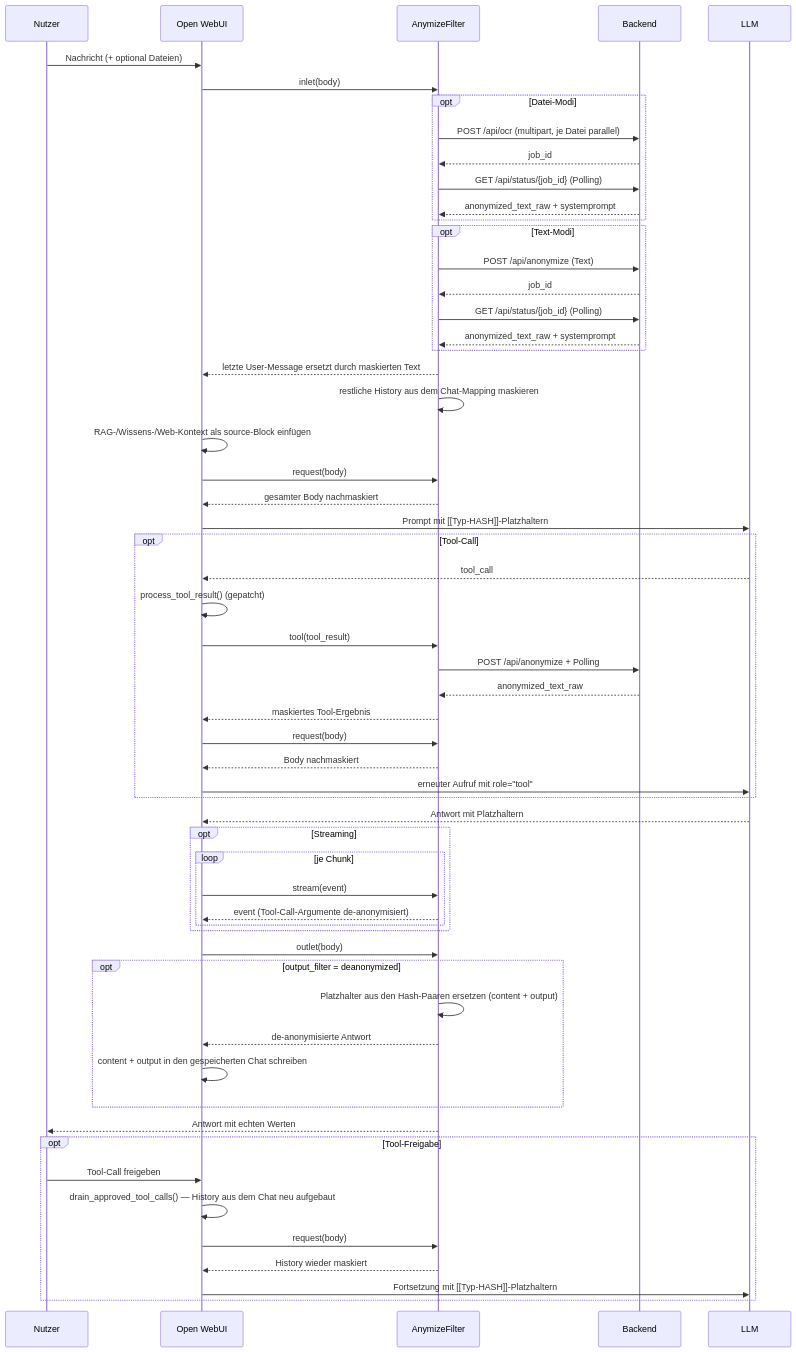
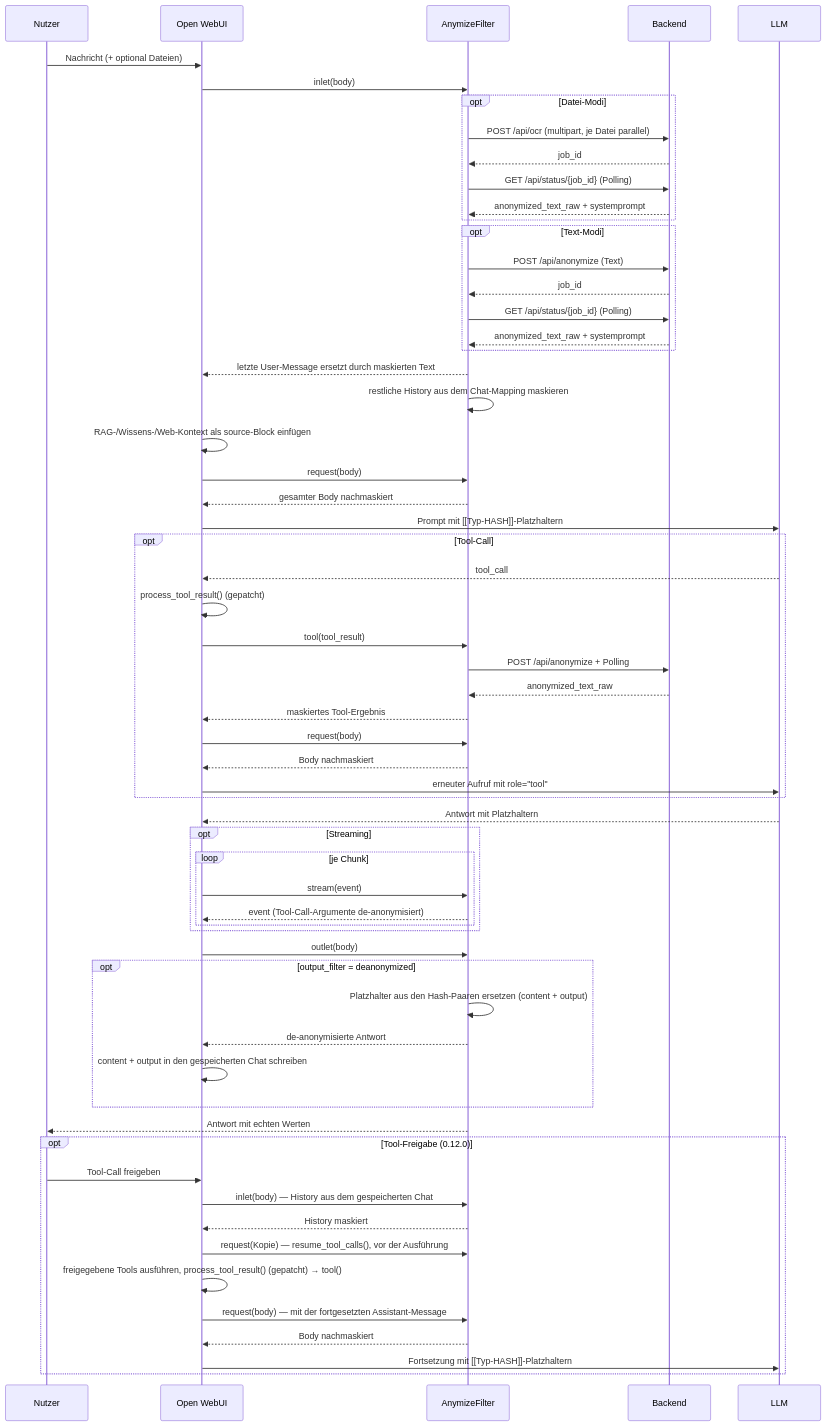
The diagram in README.md (Matze2010/AnyomizeFilter), drawn with Mermaid before and after one commit. The commit also changed other lines of this file and 2 other files, not shown here.

````diff
--- a/README.md
+++ b/README.md
@@ -15,61 +15,64 @@
 ```mermaid
 sequenceDiagram
     participant U as Nutzer
     participant OWUI as Open WebUI
     participant F as AnymizeFilter
     participant A as Backend
     participant LLM as LLM
 
     U->>OWUI: Nachricht (+ optional Dateien)
     OWUI->>F: inlet(body)
     opt Datei-Modi
         F->>A: POST /api/ocr (multipart, je Datei parallel)
         A-->>F: job_id
         F->>A: GET /api/status/{job_id} (Polling)
         A-->>F: anonymized_text_raw + systemprompt
     end
     opt Text-Modi
         F->>A: POST /api/anonymize (Text)
         A-->>F: job_id
         F->>A: GET /api/status/{job_id} (Polling)
         A-->>F: anonymized_text_raw + systemprompt
     end
     F-->>OWUI: letzte User-Message ersetzt durch maskierten Text
     F->>F: restliche History aus dem Chat-Mapping maskieren
     OWUI->>OWUI: RAG-/Wissens-/Web-Kontext als source-Block einfügen
     OWUI->>F: request(body)
     F-->>OWUI: gesamter Body nachmaskiert
     OWUI->>LLM: Prompt mit [[Typ-HASH]]-Platzhaltern
     opt Tool-Call
         LLM-->>OWUI: tool_call
         OWUI->>OWUI: process_tool_result() (gepatcht)
         OWUI->>F: tool(tool_result)
         F->>A: POST /api/anonymize + Polling
         A-->>F: anonymized_text_raw
         F-->>OWUI: maskiertes Tool-Ergebnis
         OWUI->>F: request(body)
         F-->>OWUI: Body nachmaskiert
         OWUI->>LLM: erneuter Aufruf mit role="tool"
     end
     LLM-->>OWUI: Antwort mit Platzhaltern
     opt Streaming
         loop je Chunk
             OWUI->>F: stream(event)
             F-->>OWUI: event (Tool-Call-Argumente de-anonymisiert)
         end
     end
     OWUI->>F: outlet(body)
     opt output_filter = deanonymized
         F->>F: Platzhalter aus den Hash-Paaren ersetzen (content + output)
         F-->>OWUI: de-anonymisierte Antwort
         OWUI->>OWUI: content + output in den gespeicherten Chat schreiben
     end
     F-->>U: Antwort mit echten Werten
-    opt Tool-Freigabe
+    opt Tool-Freigabe (0.12.0)
         U->>OWUI: Tool-Call freigeben
-        OWUI->>OWUI: drain_approved_tool_calls() — History aus dem Chat neu aufgebaut
-        OWUI->>F: request(body)
-        F-->>OWUI: History wieder maskiert
+        OWUI->>F: inlet(body) — History aus dem gespeicherten Chat
+        F-->>OWUI: History maskiert
+        OWUI->>F: request(Kopie) — resume_tool_calls(), vor der Ausführung
+        OWUI->>OWUI: freigegebene Tools ausführen, process_tool_result() (gepatcht) → tool()
+        OWUI->>F: request(body) — mit der fortgesetzten Assistant-Message
+        F-->>OWUI: Body nachmaskiert
         OWUI->>LLM: Fortsetzung mit [[Typ-HASH]]-Platzhaltern
     end
 ```
````
